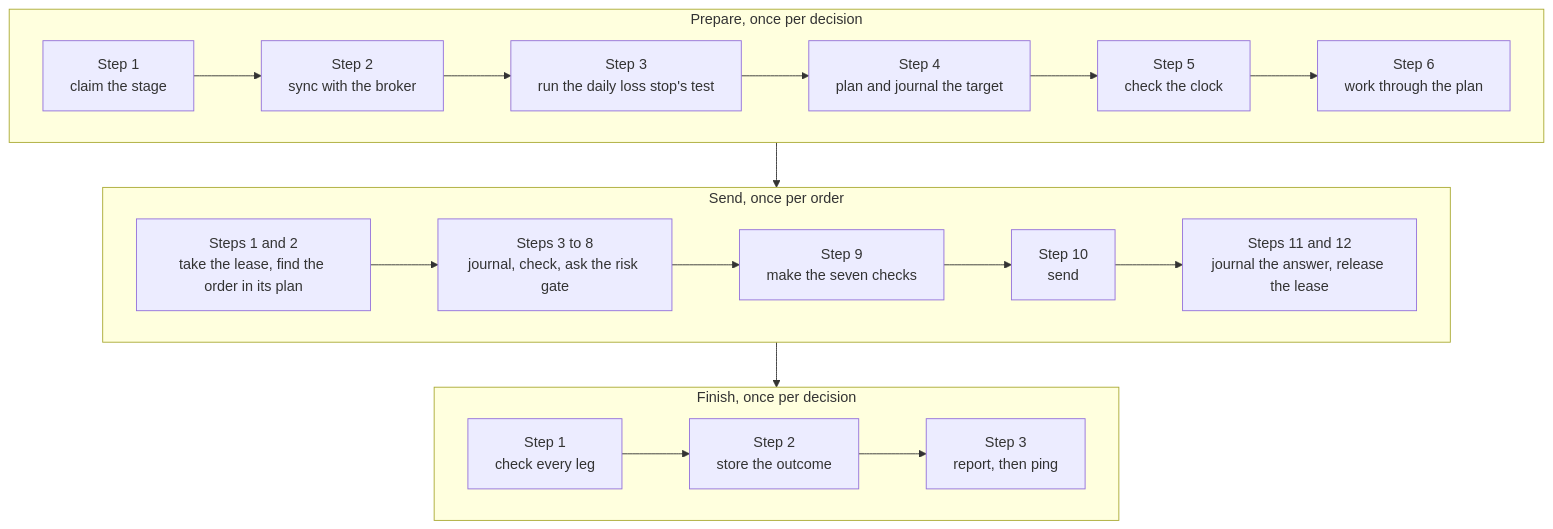
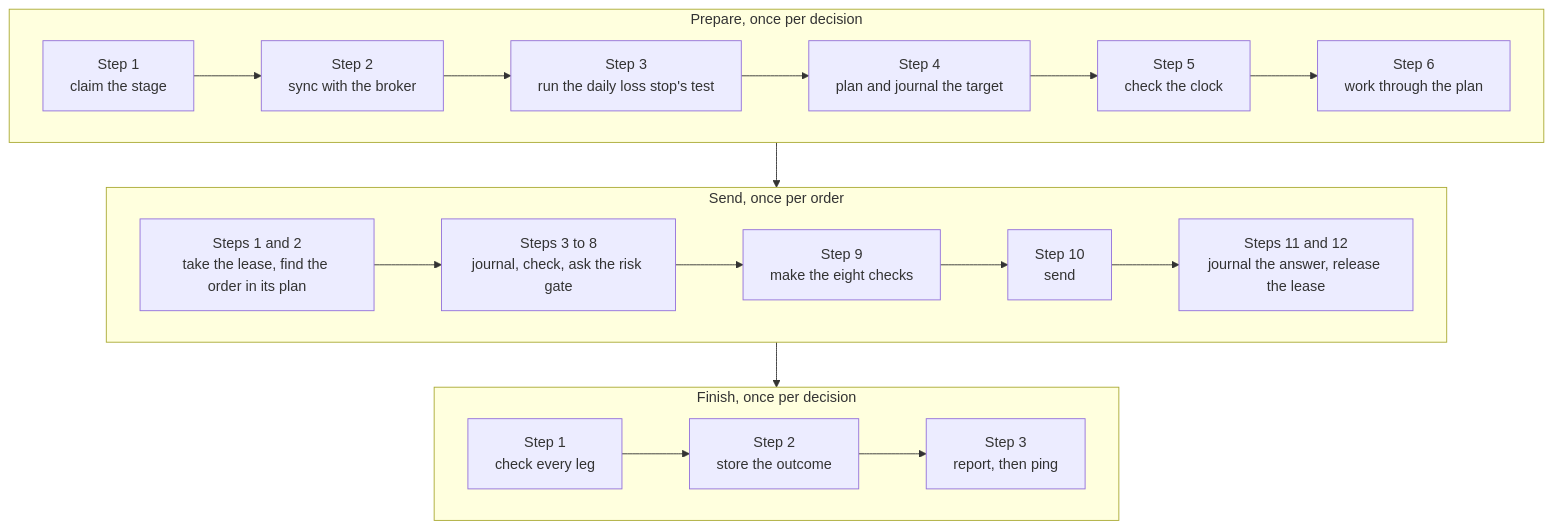
One commit to l3a0/ithildin-runtime changed the ninth of 18 diagrams in docs/architecture/06-runtime.md. Above: the diagram before and after it, drawn with Mermaid. The commit also changed other lines of this file and 12 other files, not shown here.

````diff
--- a/docs/architecture/06-runtime.md
+++ b/docs/architecture/06-runtime.md
@@ -534,17 +535,17 @@
 ```mermaid
 flowchart TB
     subgraph prepare["Prepare, once per decision"]
         direction LR
         a1["Step 1<br/>claim the stage"] --> a2["Step 2<br/>sync with the broker"] --> a3["Step 3<br/>run the daily loss stop's test"] --> a4["Step 4<br/>plan and journal the target"] --> a5["Step 5<br/>check the clock"] --> a6["Step 6<br/>work through the plan"]
     end
     subgraph each["Send, once per order"]
         direction LR
-        b1["Steps 1 and 2<br/>take the lease, find the order in its plan"] --> b2["Steps 3 to 8<br/>journal, check, ask the risk gate"] --> b3["Step 9<br/>make the seven checks"] --> b4["Step 10<br/>send"] --> b5["Steps 11 and 12<br/>journal the answer, release the lease"]
+        b1["Steps 1 and 2<br/>take the lease, find the order in its plan"] --> b2["Steps 3 to 8<br/>journal, check, ask the risk gate"] --> b3["Step 9<br/>make the eight checks"] --> b4["Step 10<br/>send"] --> b5["Steps 11 and 12<br/>journal the answer, release the lease"]
     end
     subgraph finish["Finish, once per decision"]
         direction LR
         c1["Step 1<br/>check every leg"] --> c2["Step 2<br/>store the outcome"] --> c3["Step 3<br/>report, then ping"]
     end
     prepare --> each
     each --> finish
 ```
````
